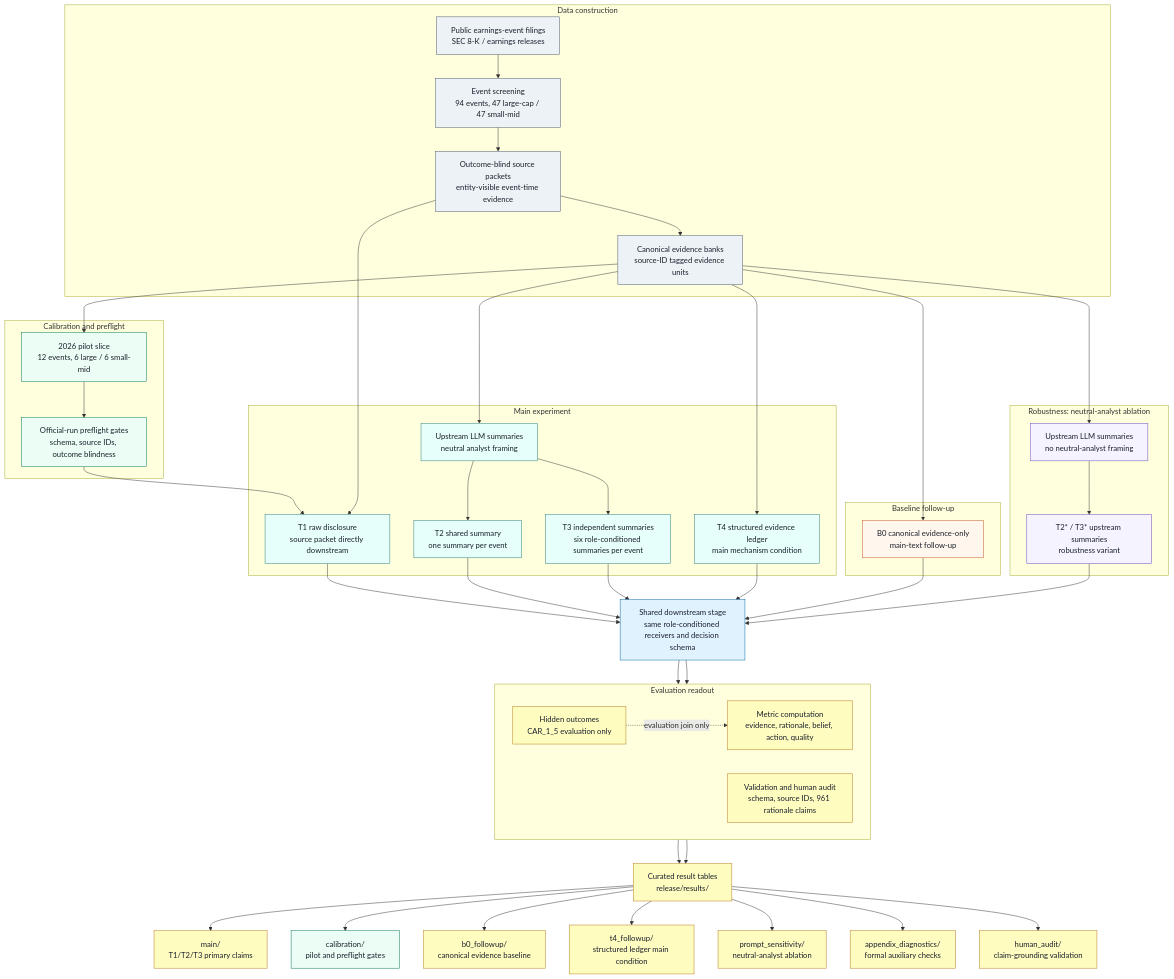
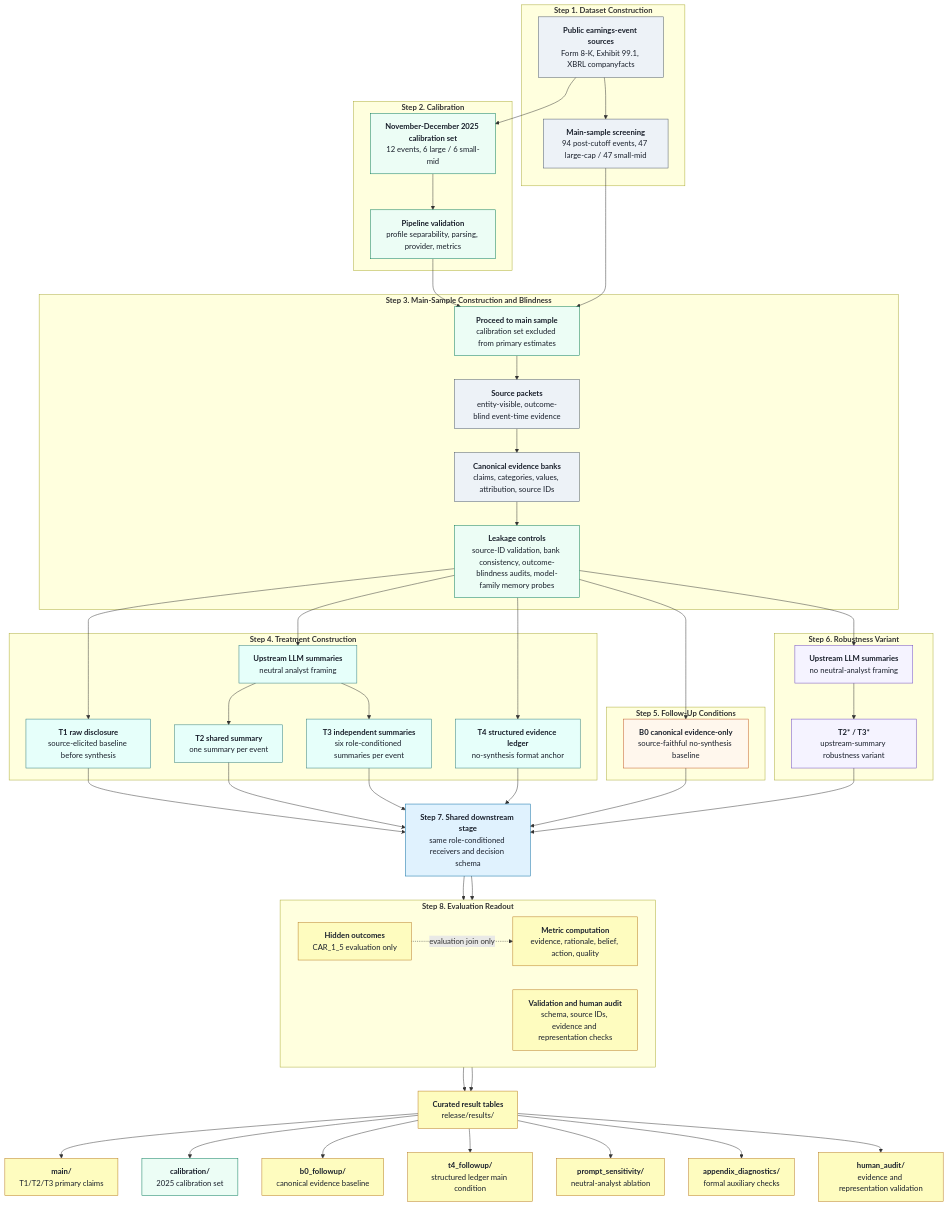
One commit to Eric0801/Faithful-to-the-Frame changed the diagram in README.md. Above: the diagram before and after it, drawn with Mermaid. The commit also changed other lines of this file and 10 other files, not shown here.

````diff
--- a/README.md
+++ b/README.md
@@ -35,72 +36,77 @@
 ```mermaid
 flowchart TD
-    subgraph Data["Data construction"]
-        A["Public earnings-event filings<br/>SEC 8-K / earnings releases"] --> B["Event screening<br/>94 events, 47 large-cap / 47 small-mid"]
-        B --> C["Outcome-blind source packets<br/>entity-visible event-time evidence"]
-        C --> D["Canonical evidence banks<br/>source-ID tagged evidence units"]
+    subgraph Data["<b>Step 1. Dataset Construction</b>"]
+        A["<b>Public earnings-event sources</b><br/>Form 8-K, Exhibit 99.1, XBRL companyfacts"] --> B["<b>Main-sample screening</b><br/>94 post-cutoff events, 47 large-cap / 47 small-mid"]
     end
 
-    subgraph Cal["Calibration and preflight"]
-        D --> CP["2026 pilot slice<br/>12 events, 6 large / 6 small-mid"]
-        CP --> CG["Official-run preflight gates<br/>schema, source IDs, outcome blindness"]
+    subgraph Cal["<b>Step 2. Calibration</b>"]
+        A --> HC["<b>November-December 2025 calibration set</b><br/>12 events, 6 large / 6 small-mid"]
+        HC --> HD["<b>Pipeline validation</b><br/>profile separability, parsing, provider, metrics"]
     end
 
-    subgraph Main["Main experiment"]
-        CG --> T1
-        C --> T1["T1 raw disclosure<br/>source packet directly downstream"]
-        D --> U["Upstream LLM summaries<br/>neutral analyst framing"]
-        U --> T2["T2 shared summary<br/>one summary per event"]
-        U --> T3["T3 independent summaries<br/>six role-conditioned summaries per event"]
-        D --> T4["T4 structured evidence ledger<br/>main mechanism condition"]
+    subgraph MainBuild["<b>Step 3. Main-Sample Construction and Blindness</b>"]
+        HD --> G["<b>Proceed to main sample</b><br/>calibration set excluded from primary estimates"]
+        B --> G
+        G --> C["<b>Source packets</b><br/>entity-visible, outcome-blind event-time evidence"]
+        C --> D["<b>Canonical evidence banks</b><br/>claims, categories, values, attribution, source IDs"]
+        D --> LS["<b>Leakage controls</b><br/>source-ID validation, bank consistency, outcome-blindness audits, model-family memory probes"]
     end
 
-    subgraph Follow["Baseline follow-up"]
-        D --> B0["B0 canonical evidence-only<br/>main-text follow-up"]
+    subgraph Main["<b>Step 4. Treatment Construction</b>"]
+        LS --> T1["<b>T1 raw disclosure</b><br/>source-elicited baseline before synthesis"]
+        LS --> U["<b>Upstream LLM summaries</b><br/>neutral analyst framing"]
+        U --> T2["<b>T2 shared summary</b><br/>one summary per event"]
+        U --> T3["<b>T3 independent summaries</b><br/>six role-conditioned summaries per event"]
+        LS --> T4["<b>T4 structured evidence ledger</b><br/>no-synthesis format anchor"]
     end
 
-    subgraph Robust["Robustness: neutral-analyst ablation"]
-        D --> US["Upstream LLM summaries<br/>no neutral-analyst framing"]
-        US --> S["T2* / T3* upstream summaries<br/>robustness variant"]
+    subgraph Follow["<b>Step 5. Follow-Up Conditions</b>"]
+        LS --> B0["<b>B0 canonical evidence-only</b><br/>source-faithful no-synthesis baseline"]
     end
 
-    T1 --> R["Shared downstream stage<br/>same role-conditioned receivers and decision schema"]
+    subgraph Robust["<b>Step 6. Robustness Variant</b>"]
+        LS --> US["<b>Upstream LLM summaries</b><br/>no neutral-analyst framing"]
+        US --> S["<b>T2* / T3*</b><br/>upstream-summary robustness variant"]
+    end
+
+    T1 --> R["<b>Step 7. Shared downstream stage</b><br/>same role-conditioned receivers and decision schema"]
     T2 --> R
     T3 --> R
     T4 --> R
     B0 --> R
     S --> R
 
-    subgraph Readout["Evaluation readout"]
+    subgraph Readout["<b>Step 8. Evaluation Readout</b>"]
         direction LR
-        H["Hidden outcomes<br/>CAR_1_5 evaluation only"] -. "evaluation join only" .-> M["Metric computation<br/>evidence, rationale, belief, action, quality"]
-        V["Validation and human audit<br/>schema, source IDs, 961 rationale claims"]
+        H["<b>Hidden outcomes</b><br/>CAR_1_5 evaluation only"] -. "evaluation join only" .-> M["<b>Metric computation</b><br/>evidence, rationale, belief, action, quality"]
+        V["<b>Validation and human audit</b><br/>schema, source IDs, evidence and representation checks"]
     end
 
     R --> M
     R --> V
-    M --> O["Curated result tables<br/>release/results/"]
+    M --> O["<b>Curated result tables</b><br/>release/results/"]
     V --> O
 
-    O --> OM["main/<br/>T1/T2/T3 primary claims"]
-    O --> OC["calibration/<br/>pilot and preflight gates"]
-    O --> OB["b0_followup/<br/>canonical evidence baseline"]
-    O --> OT["t4_followup/<br/>structured ledger main condition"]
-    O --> OS["prompt_sensitivity/<br/>neutral-analyst ablation"]
-    O --> OA["appendix_diagnostics/<br/>formal auxiliary checks"]
-    O --> OH["human_audit/<br/>claim-grounding validation"]
+    O --> OM["<b>main/</b><br/>T1/T2/T3 primary claims"]
+    O --> OC["<b>calibration/</b><br/>2025 calibration set"]
+    O --> OB["<b>b0_followup/</b><br/>canonical evidence baseline"]
+    O --> OT["<b>t4_followup/</b><br/>structured ledger main condition"]
+    O --> OS["<b>prompt_sensitivity/</b><br/>neutral-analyst ablation"]
+    O --> OA["<b>appendix_diagnostics/</b><br/>formal auxiliary checks"]
+    O --> OH["<b>human_audit/</b><br/>evidence and representation validation"]
 
     classDef data fill:#edf2f7,stroke:#4a5568,color:#1a202c;
     classDef cal fill:#ecfdf5,stroke:#047857,color:#1a202c;
     classDef main fill:#e6fffa,stroke:#2c7a7b,color:#1a202c;
     classDef follow fill:#fff7ed,stroke:#c05621,color:#1a202c;
     classDef robust fill:#f5f3ff,stroke:#6b46c1,color:#1a202c;
     classDef downstream fill:#e0f2fe,stroke:#0369a1,color:#1a202c;
     classDef eval fill:#fefcbf,stroke:#b7791f,color:#1a202c;
     class A,B,C,D data;
-    class CP,CG,OC cal;
+    class HC,HD,G,LS,OC cal;
     class T1,U,T2,T3,T4 main;
     class B0 follow;
     class US,S robust;
     class R downstream;
     class H,M,V,O,OM,OB,OT,OS,OA,OH eval;
 ```
````
